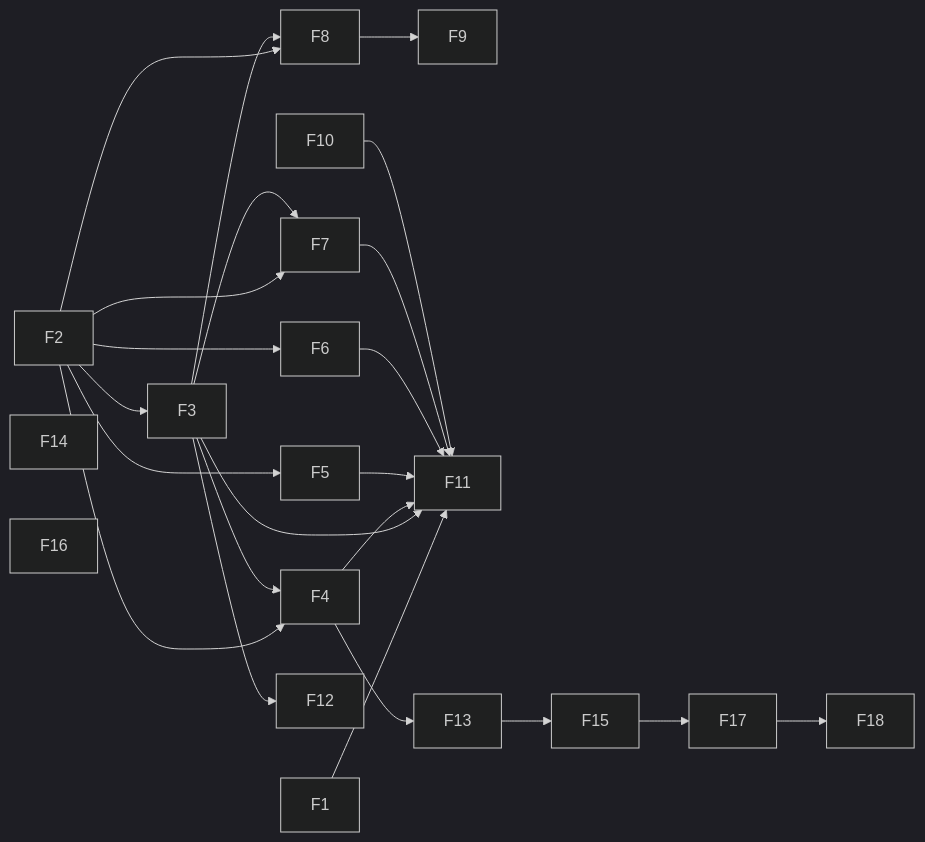
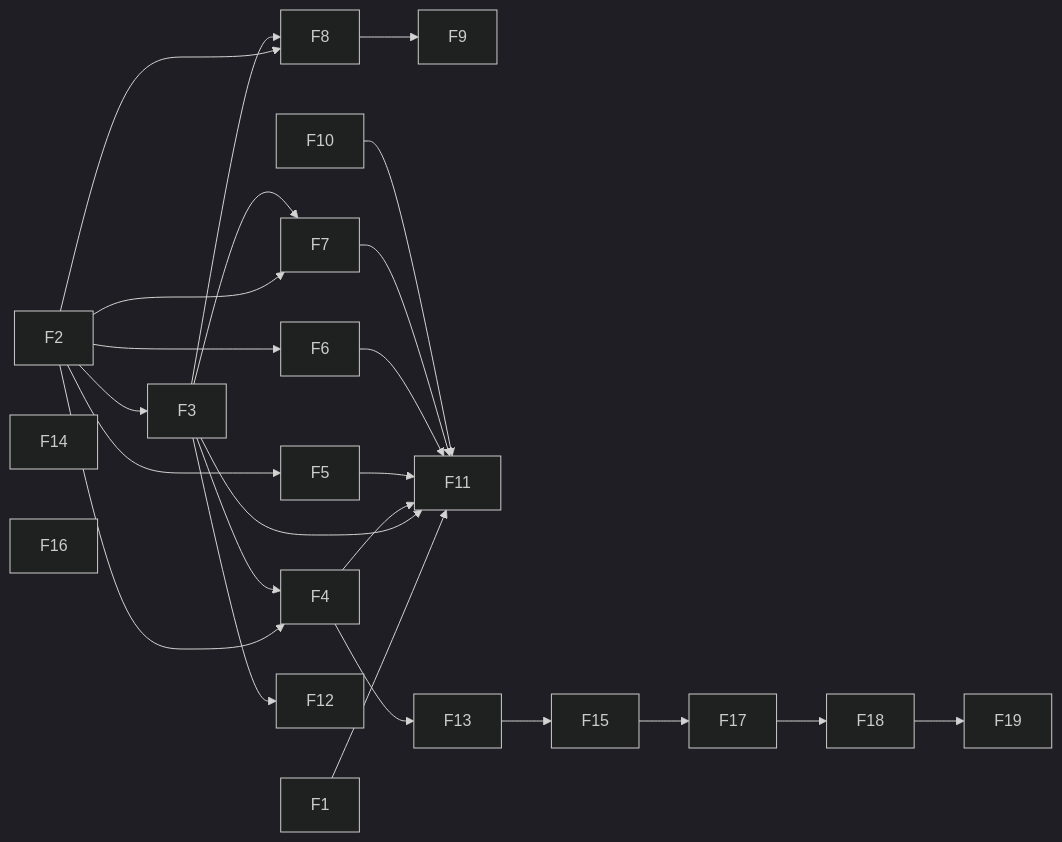
The third of 10 diagrams in docs/superpowers/plans/2026-10-13-phase-2/dependencies.md (jhoblitt/rgw-go), drawn with Mermaid (dark theme) before and after one commit. The commit also changed other lines of this file, not shown here.

Commit message:
docs(plan): regenerate the dependency graph for F19

````diff
--- a/docs/superpowers/plans/2026-10-13-phase-2/dependencies.md
+++ b/docs/superpowers/plans/2026-10-13-phase-2/dependencies.md
@@ -67,61 +67,64 @@
 ```mermaid
 flowchart LR
   t_F1["F1"]
   t_F2["F2"]
   t_F3["F3"]
   t_F4["F4"]
   t_F5["F5"]
   t_F6["F6"]
   t_F7["F7"]
   t_F8["F8"]
   t_F9["F9"]
   t_F10["F10"]
   t_F11["F11"]
   t_F12["F12"]
   t_F13["F13"]
   t_F14["F14"]
   t_F15["F15"]
   t_F16["F16"]
   t_F17["F17"]
   t_F18["F18"]
+  t_F19["F19"]
   t_F2 --> t_F3
   t_F2 --> t_F4
   t_F3 --> t_F4
   t_F2 --> t_F5
   t_F2 --> t_F6
   t_F2 --> t_F7
   t_F3 --> t_F7
   t_F2 --> t_F8
   t_F3 --> t_F8
   t_F8 --> t_F9
   t_F1 --> t_F11
   t_F3 --> t_F11
   t_F4 --> t_F11
   t_F5 --> t_F11
   t_F6 --> t_F11
   t_F7 --> t_F11
   t_F10 --> t_F11
   t_F3 --> t_F12
   t_F4 --> t_F13
   t_F13 --> t_F15
   t_F15 --> t_F17
   t_F17 --> t_F18
+  t_F18 --> t_F19
   click t_F1 href "https://github.com/jhoblitt/rgw-go/blob/main/docs/superpowers/plans/2026-10-13-phase-2/F-floor-19.2.7.md#task-f1-docs-the-specs-squid-floor-is-v1927" "F1: docs, the spec's Squid floor is v19.2.7"
   click t_F2 href "https://github.com/jhoblitt/rgw-go/blob/main/docs/superpowers/plans/2026-10-13-phase-2/F-floor-19.2.7.md#task-f2-docs-the-registry-at-v1927" "F2: docs, the registry at v19.2.7"
   click t_F3 href "https://github.com/jhoblitt/rgw-go/blob/main/docs/superpowers/plans/2026-10-13-phase-2/F-floor-19.2.7.md#task-f3-docs-the-exclusions-at-v1927" "F3: docs, the exclusions at v19.2.7"
   click t_F4 href "https://github.com/jhoblitt/rgw-go/blob/main/docs/superpowers/plans/2026-10-13-phase-2/F-floor-19.2.7.md#task-f4-auth-an-unsigned-content-type-and-x-amz-content-sha256-once-shown-safe" "F4: auth, an unsigned Content-Type and x-amz-content-sha256, once shown safe"
   click t_F5 href "https://github.com/jhoblitt/rgw-go/blob/main/docs/superpowers/plans/2026-10-13-phase-2/F-floor-19.2.7.md#task-f5-driver-a-re-sent-completion-answers-the-stored-etag-on-both-releases" "F5: driver, a re-sent completion answers the stored ETag on both releases"
   click t_F6 href "https://github.com/jhoblitt/rgw-go/blob/main/docs/superpowers/plans/2026-10-13-phase-2/F-floor-19.2.7.md#task-f6-memstore-the-same-for-the-in-memory-store" "F6: memstore, the same for the in-memory store"
   click t_F7 href "https://github.com/jhoblitt/rgw-go/blob/main/docs/superpowers/plans/2026-10-13-phase-2/F-floor-19.2.7.md#task-f7-driver-a-reshard-guard-that-meets-a-missing-shard-re-reads-the-bucket-and-retries" "F7: driver, a reshard guard that meets a missing shard re-reads the bucket and retries"
   click t_F8 href "https://github.com/jhoblitt/rgw-go/blob/main/docs/superpowers/plans/2026-10-13-phase-2/F-floor-19.2.7.md#task-f8-meta-rgwobjectlock-typed-and-the-bucket-instance-json-carries-obj_lock" "F8: meta, RGWObjectLock typed, and the bucket instance JSON carries obj_lock"
   click t_F9 href "https://github.com/jhoblitt/rgw-go/blob/main/docs/superpowers/plans/2026-10-13-phase-2/F-floor-19.2.7.md#task-f9-driver-a-bucket-instance-put-takes-a-documents-obj_lock" "F9: driver, a bucket instance put takes a document's obj_lock"
   click t_F10 href "https://github.com/jhoblitt/rgw-go/blob/main/docs/superpowers/plans/2026-10-13-phase-2/F-floor-19.2.7.md#task-f10-hackgoldens-v1927s-ceph-dencoder-by-default" "F10: hack/goldens, v19.2.7's ceph-dencoder by default"
   click t_F11 href "https://github.com/jhoblitt/rgw-go/blob/main/docs/superpowers/plans/2026-10-13-phase-2/F-floor-19.2.7.md#task-f11-ops-and-parity-squids-pin-bumped-and-radosgws-squid-ledgers-re-recorded" "F11: ops and parity, Squid's pin bumped and radosgw's Squid ledgers re-recorded"
   click t_F12 href "https://github.com/jhoblitt/rgw-go/blob/main/docs/superpowers/plans/2026-10-13-phase-2/F-floor-19.2.7.md#task-f12-driver-guardheads-instance-exemption-on-both-releases" "F12: driver, guardHead's instance exemption on both releases"
   click t_F13 href "https://github.com/jhoblitt/rgw-go/blob/main/docs/superpowers/plans/2026-10-13-phase-2/F-floor-19.2.7.md#task-f13-auth-every-prefix-init_meta_info-renames-must-be-signed" "F13: auth, every prefix init_meta_info renames must be signed"
   click t_F14 href "https://github.com/jhoblitt/rgw-go/blob/main/docs/superpowers/plans/2026-10-13-phase-2/F-floor-19.2.7.md#task-f14-op-a-completemultipartupload-naming-a-version-answers-501" "F14: op, a CompleteMultipartUpload naming a version answers 501"
   click t_F15 href "https://github.com/jhoblitt/rgw-go/blob/main/docs/superpowers/plans/2026-10-13-phase-2/F-floor-19.2.7.md#task-f15-auth-sigv2-refuses-a-renamed-header-carrying-an-x-amz-directive" "F15: auth, SigV2 refuses a renamed header carrying an x-amz directive"
   click t_F16 href "https://github.com/jhoblitt/rgw-go/blob/main/docs/superpowers/plans/2026-10-13-phase-2/F-floor-19.2.7.md#task-f16-s3-createbucket-reads-its-object-lock-header-from-the-renamed-map" "F16: s3, CreateBucket reads its object lock header from the renamed map"
   click t_F17 href "https://github.com/jhoblitt/rgw-go/blob/main/docs/superpowers/plans/2026-10-13-phase-2/F-floor-19.2.7.md#task-f17-auth-a-sigv2-presigned-request-means-the-same-wherever-its-headerquery-split-falls" "F17: auth, a SigV2 presigned request means the same wherever its header/query split falls"
   click t_F18 href "https://github.com/jhoblitt/rgw-go/blob/main/docs/superpowers/plans/2026-10-13-phase-2/F-floor-19.2.7.md#task-f18-auth-authz-and-s3-the-s3-api-reads-x-amz--headers-only" "F18: auth, authz and s3, the S3 API reads X-Amz- headers only"
+  click t_F19 href "https://github.com/jhoblitt/rgw-go/blob/main/docs/superpowers/plans/2026-10-13-phase-2/F-floor-19.2.7.md#task-f19-auth-and-s3-a-header-signed-sigv2-request-takes-no-unsigned-query-metadata-or-encryption" "F19: auth and s3, a header-signed SigV2 request takes no unsigned query metadata or encryption"
 ```
````
